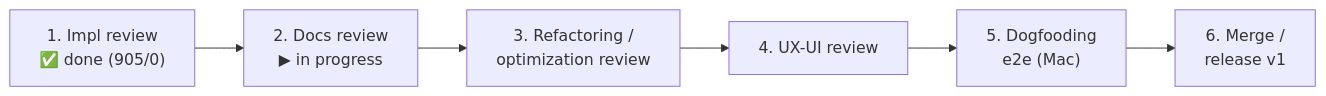
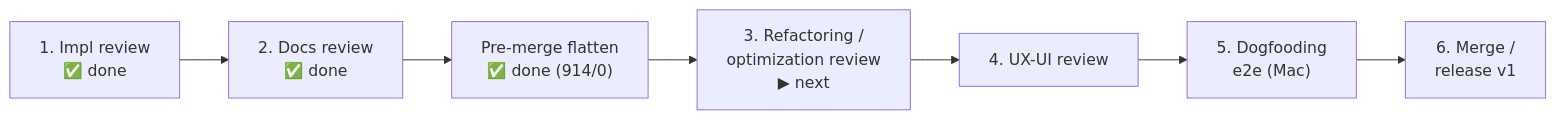
The diagram in docs/maintainers/roadmap.md (alergyonthestage/claude-orchestrator), drawn with Mermaid before and after one commit. The commit also changed other lines of this file and 1 other file, not shown here.

First line of the commit message:
docs(roadmap): flatten DONE; next = refactoring review + handoff

````diff
--- a/docs/maintainers/roadmap.md
+++ b/docs/maintainers/roadmap.md
@@ -42,8 +43,9 @@
 ```mermaid
 flowchart LR
-  A["1. Impl review<br/>✅ done (905/0)"] --> B["2. Docs review<br/>▶ in progress"]
-  B --> C["3. Refactoring /<br/>optimization review"]
+  A["1. Impl review<br/>✅ done"] --> B["2. Docs review<br/>✅ done"]
+  B --> X["Pre-merge flatten<br/>✅ done (914/0)"]
+  X --> C["3. Refactoring /<br/>optimization review<br/>▶ next"]
   C --> D["4. UX-UI review"]
   D --> E["5. Dogfooding<br/>e2e (Mac)"]
   E --> F["6. Merge /<br/>release v1"]
 ```
````
